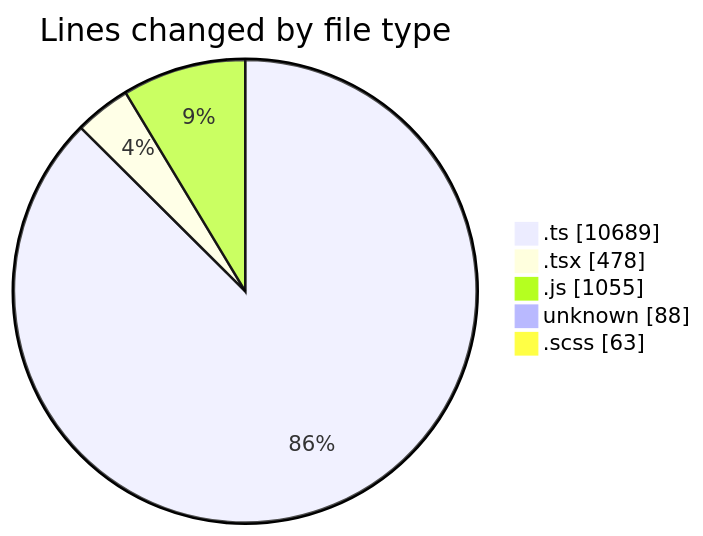
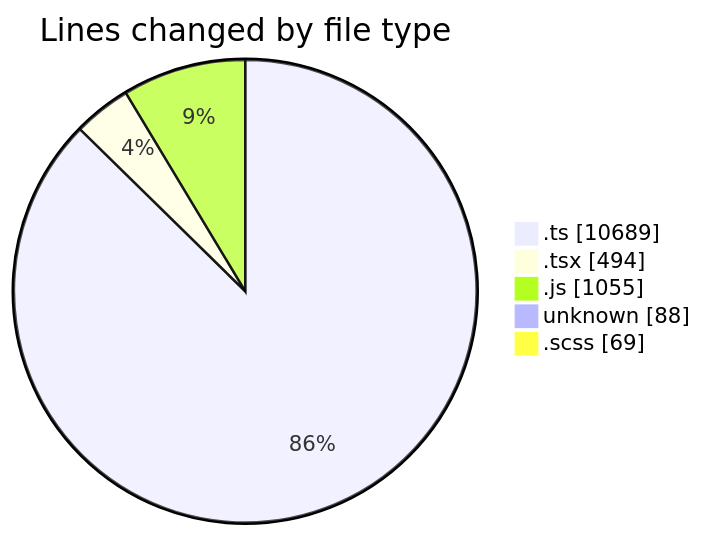
One commit to momahboobian/code-tracking changed the first of 2 diagrams in 2026-03-11/cda/README.md. Above: the diagram before and after it, drawn with Mermaid. The commit also changed other lines of this file and 1 other file, not shown here.

````diff
--- a/2026-03-11/cda/README.md
+++ b/2026-03-11/cda/README.md
@@ -35,9 +35,9 @@
 ```mermaid
 pie showData
 title Lines changed by file type
 ".ts" : 10689
-".tsx" : 478
+".tsx" : 494
 ".js" : 1055
 "unknown" : 88
-".scss" : 63
+".scss" : 69
 ```
````
